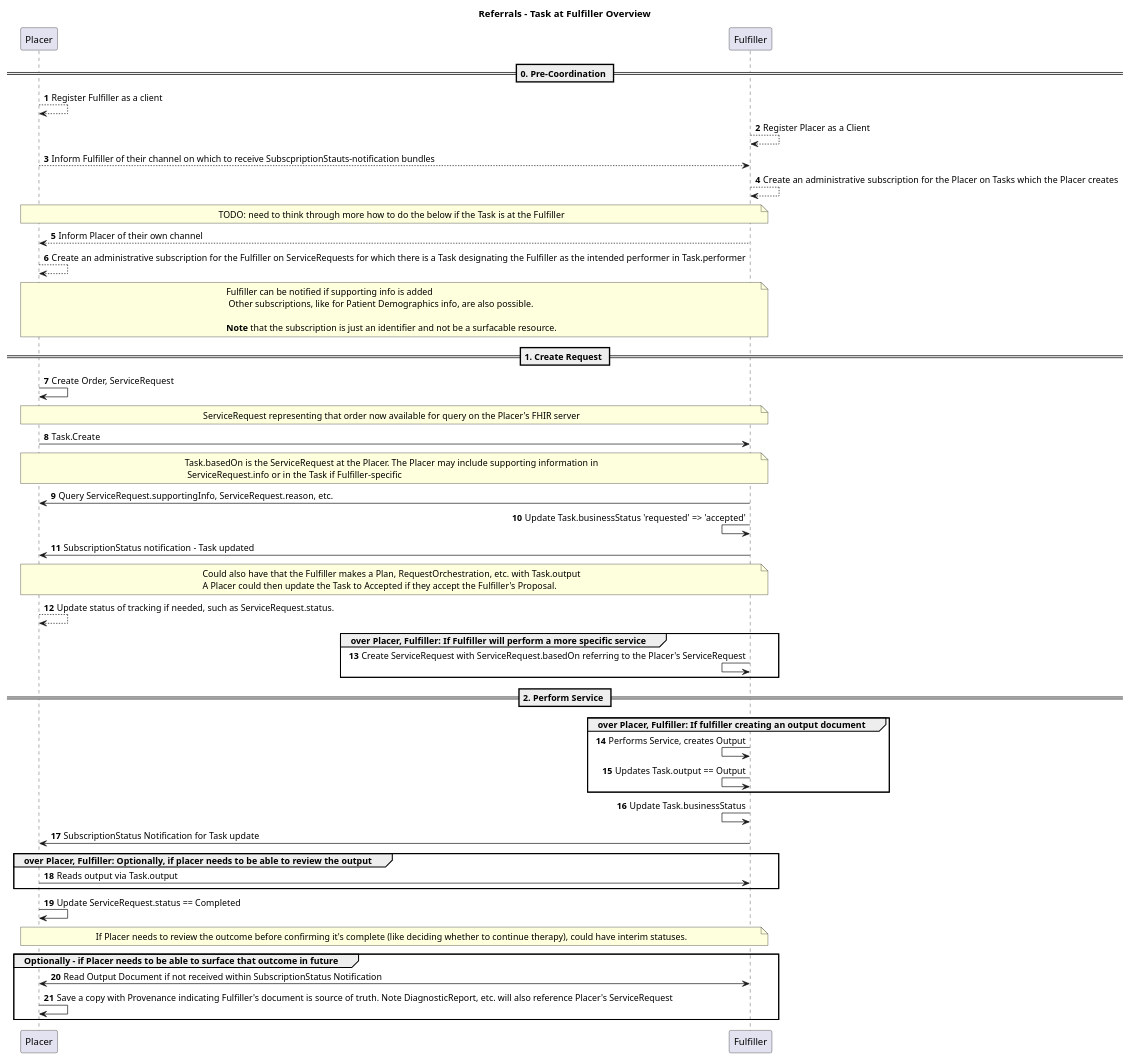
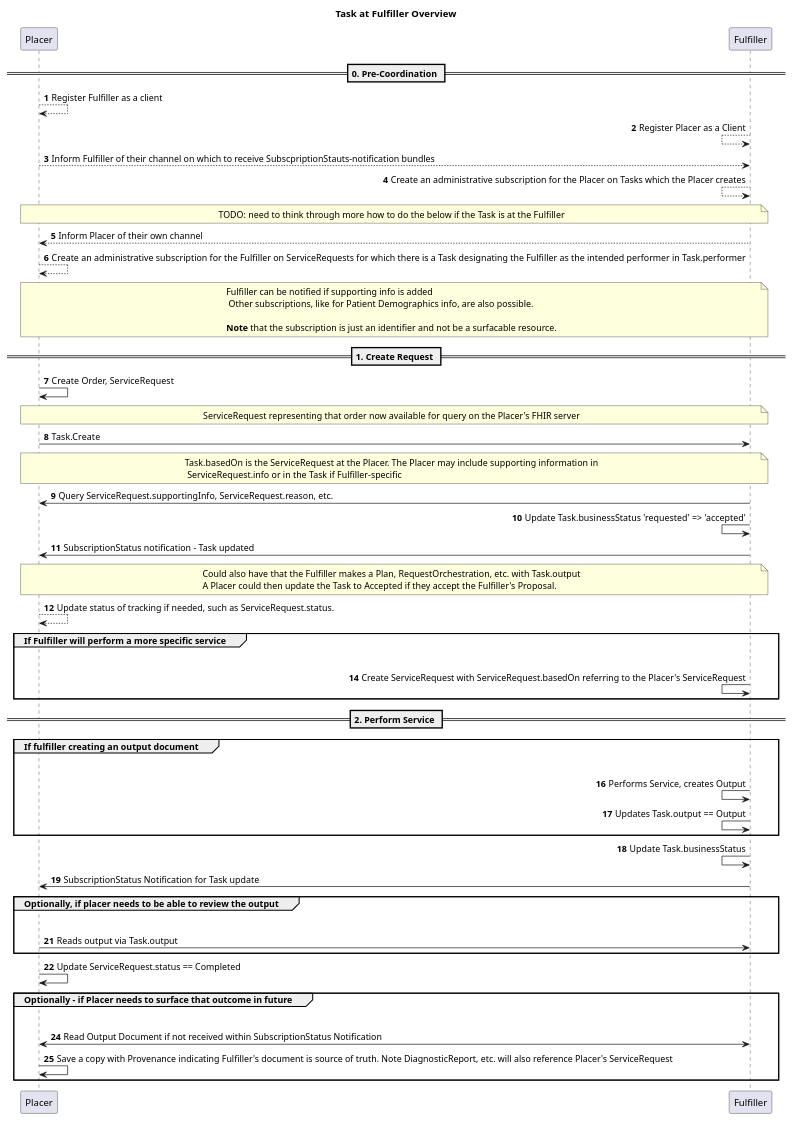
The diagram in input/images-source/subscriptions-general-example-task-at-fulfiller.plantuml (brianswinkels/fhir-cow-ig), drawn with PlantUML before and after one commit.

```diff
--- a/input/images-source/subscriptions-general-example-task-at-fulfiller.plantuml
+++ b/input/images-source/subscriptions-general-example-task-at-fulfiller.plantuml
@@ -1,71 +1,73 @@
 @startuml
-title Referrals - Task at Fulfiller Overview
+title Task at Fulfiller Overview
 
 autonumber
 
 == 0. Pre-Coordination ==
 
 Placer --> Placer: Register Fulfiller as a client
 
-Fulfiller --> Fulfiller: Register Placer as a Client
+Fulfiller <-- Fulfiller: Register Placer as a Client
 
 Placer --> Fulfiller: Inform Fulfiller of their channel on which to receive SubscpriptionStauts-notification bundles
 
-Fulfiller --> Fulfiller: Create an administrative subscription for the Placer on Tasks which the Placer creates 
+Fulfiller <-- Fulfiller: Create an administrative subscription for the Placer on Tasks which the Placer creates 
 
 note over Placer, Fulfiller: TODO: need to think through more how to do the below if the Task is at the Fulfiller
 Fulfiller --> Placer: Inform Placer of their own channel
 
 Placer --> Placer: Create an administrative subscription for the Fulfiller on ServiceRequests for which there is a Task designating the Fulfiller as the intended performer in Task.performer
 
 note over Placer, Fulfiller: Fulfiller can be notified if supporting info is added\n Other subscriptions, like for Patient Demographics info, are also possible.\n\n**Note** that the subscription is just an identifier and not be a surfacable resource.
 
 
 == 1. Create Request ==
 Placer -> Placer: Create Order, ServiceRequest
 
 note over Placer, Fulfiller: ServiceRequest representing that order now available for query on the Placer's FHIR server
 
 Placer -> Fulfiller: Task.Create
 
 note over Placer, Fulfiller: Task.basedOn is the ServiceRequest at the Placer. The Placer may include supporting information in\n ServiceRequest.info or in the Task if Fulfiller-specific
 
 Fulfiller -> Placer: Query ServiceRequest.supportingInfo, ServiceRequest.reason, etc.
 
 Fulfiller <- Fulfiller: Update Task.businessStatus 'requested' => 'accepted'
 
 Fulfiller -> Placer: SubscriptionStatus notification - Task updated
 
 note over Placer, Fulfiller: Could also have that the Fulfiller makes a Plan, RequestOrchestration, etc. with Task.output\nA Placer could then update the Task to Accepted if they accept the Fulfiller's Proposal.
 
 Placer --> Placer: Update status of tracking if needed, such as ServiceRequest.status. 
 
-group over Placer, Fulfiller: If Fulfiller will perform a more specific service
+group If Fulfiller will perform a more specific service
+    Fulfiller -[hidden]> Placer:
     Fulfiller <- Fulfiller: Create ServiceRequest with ServiceRequest.basedOn referring to the Placer's ServiceRequest
 end
 
 == 2. Perform Service ==
 
-group over Placer, Fulfiller: If fulfiller creating an output document
+group If fulfiller creating an output document
+    Fulfiller -[hidden]> Placer:
     Fulfiller <- Fulfiller: Performs Service, creates Output
     Fulfiller <- Fulfiller: Updates Task.output == Output
 end
 
 Fulfiller <- Fulfiller: Update Task.businessStatus
 
 Fulfiller -> Placer: SubscriptionStatus Notification for Task update
 
-group over Placer, Fulfiller: Optionally, if placer needs to be able to review the output
+group Optionally, if placer needs to be able to review the output
+    Fulfiller -[hidden]> Placer:
     Placer -> Fulfiller: Reads output via Task.output
 end
 
 Placer -> Placer: Update ServiceRequest.status == Completed
 
-note over Placer, Fulfiller: If Placer needs to review the outcome before confirming it's complete (like deciding whether to continue therapy), could have interim statuses.
-
-group Optionally - if Placer needs to be able to surface that outcome in future
+group Optionally - if Placer needs to surface that outcome in future
+    Fulfiller -[hidden]> Placer:
     Placer <-> Fulfiller: Read Output Document if not received within SubscriptionStatus Notification
     Placer -> Placer: Save a copy with Provenance indicating Fulfiller's document is source of truth. Note DiagnosticReport, etc. will also reference Placer's ServiceRequest
    
 end
 @enduml
```
